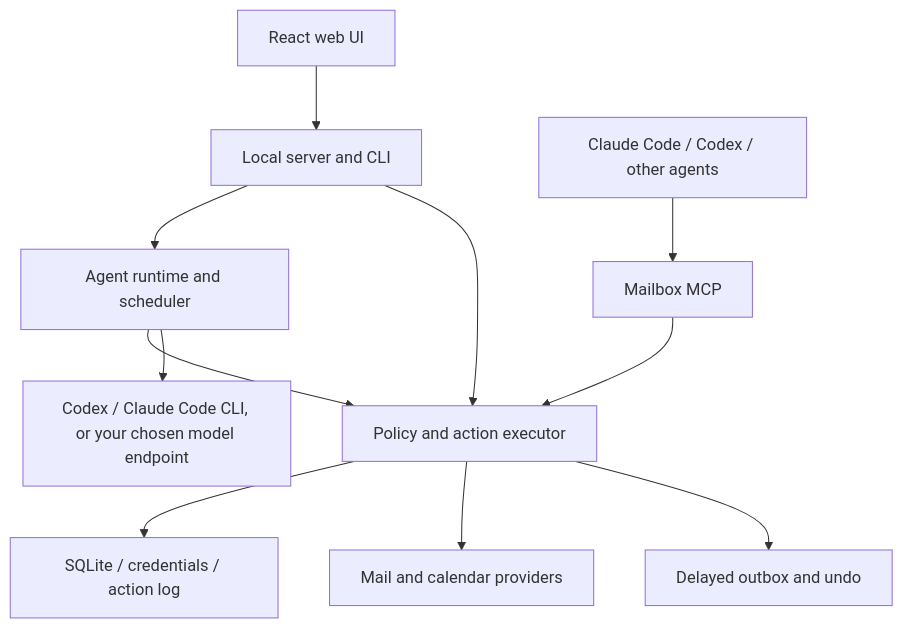
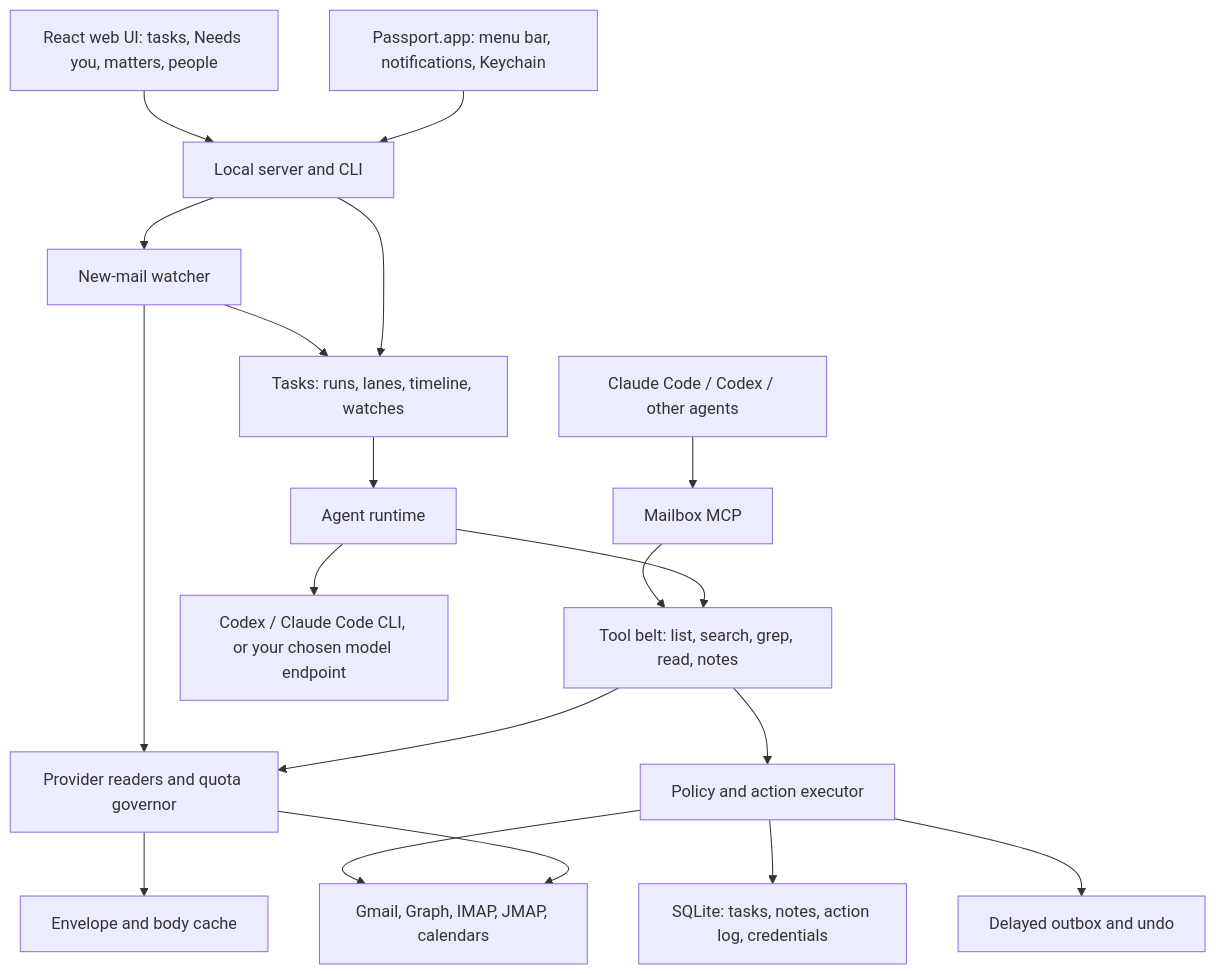
The diagram in README.md (akd-me/passport), drawn with Mermaid before and after one commit. The commit also changed other lines of this file, not shown here.

Commit message:
docs(readme): v0.3: Mac app first, on-demand model, tasks, tool belt and status

````diff
--- a/README.md
+++ b/README.md
@@ -163,13 +160,21 @@
 ```mermaid
 flowchart TD
-  UI[React web UI] --> Server[Local server and CLI]
+  App[Passport.app: menu bar, notifications, Keychain] --> Server
+  UI[React web UI: tasks, Needs you, matters, people] --> Server[Local server and CLI]
   Client[Claude Code / Codex / other agents] --> MCP[Mailbox MCP]
-  Server --> Agent[Agent runtime and scheduler]
-  Server --> Policy[Policy and action executor]
-  Agent --> Policy
-  MCP --> Policy
-  Policy --> Store[SQLite / credentials / action log]
-  Policy --> Providers[Mail and calendar providers]
+  Server --> Tasks[Tasks: runs, lanes, timeline, watches]
+  Server --> Watcher[New-mail watcher]
+  Tasks --> Agent[Agent runtime]
+  Agent --> Tools[Tool belt: list, search, grep, read, notes]
+  MCP --> Tools
+  Watcher --> Tasks
+  Tools --> Readers[Provider readers and quota governor]
+  Tools --> Policy[Policy and action executor]
+  Readers --> Providers[Gmail, Graph, IMAP, JMAP, calendars]
+  Watcher --> Readers
+  Readers --> Cache[Envelope and body cache]
+  Policy --> Store[SQLite: tasks, notes, action log, credentials]
+  Policy --> Outbox[Delayed outbox and undo]
+  Policy --> Providers
   Agent --> Model[Codex / Claude Code CLI, or your chosen model endpoint]
-  Policy --> Outbox[Delayed outbox and undo]
 ```
````
